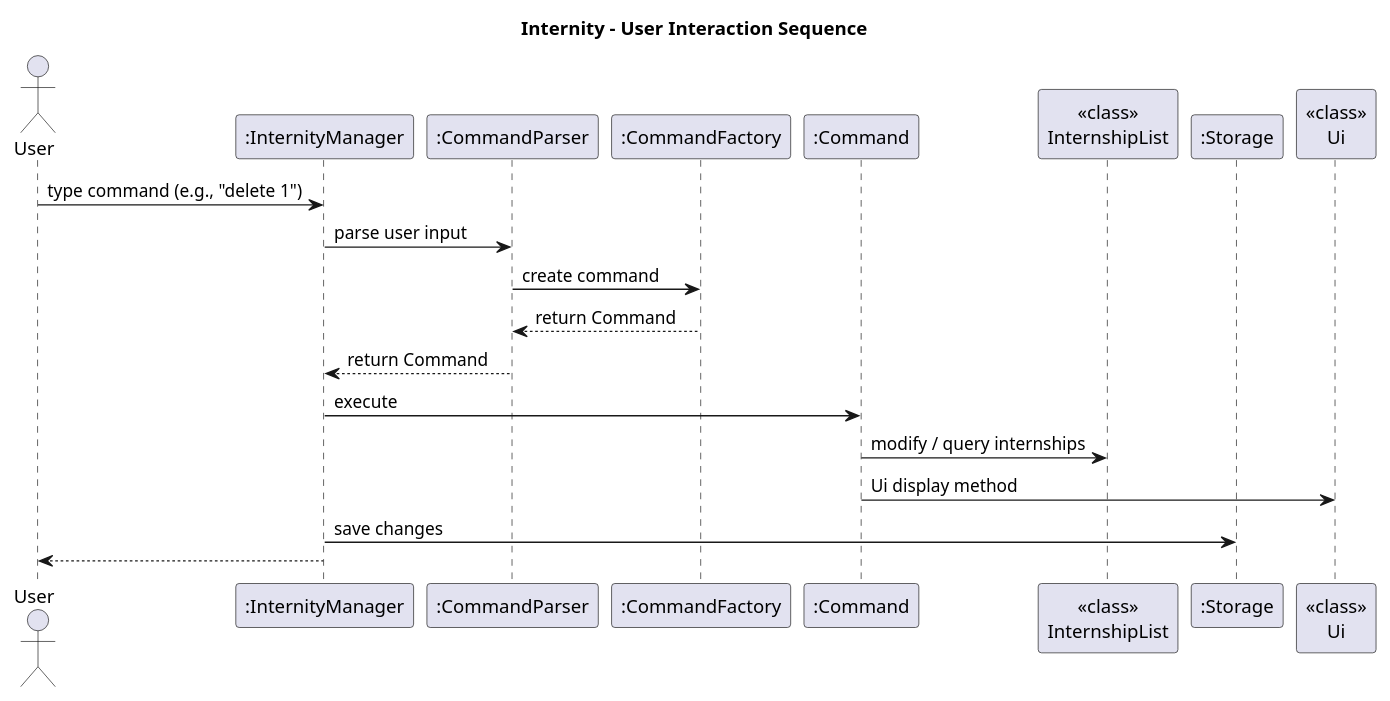
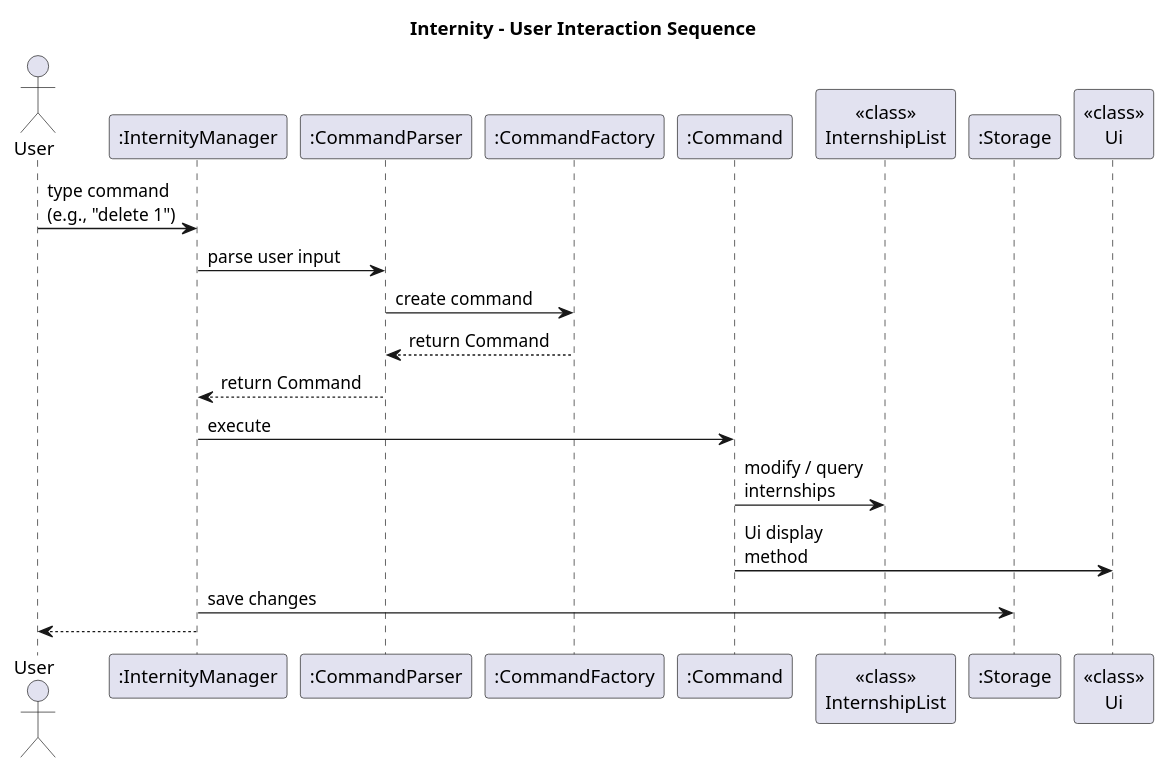
The diagram in docs/diagrams/UserInteractionSD.puml (AY2526S1-CS2113-W14-4/tp), drawn with PlantUML before and after one commit.

Commit message:
Make UserInteractionSD more compact

```diff
--- a/docs/diagrams/UserInteractionSD.puml
+++ b/docs/diagrams/UserInteractionSD.puml
@@ -1,24 +1,24 @@
 @startuml
 title Internity - User Interaction Sequence
 actor User
 participant ":InternityManager" as Manager
 participant ":CommandParser" as Parser
 participant ":CommandFactory" as Factory
 participant ":Command" as Command
 participant "<<class>>\nInternshipList" as Model
 participant ":Storage" as Storage
 participant "<<class>>\nUi" as Ui
 
 
-User -> Manager : type command (e.g., "delete 1")
+User -> Manager : type command\n(e.g., "delete 1")
 Manager -> Parser : parse user input
 Parser -> Factory : create command
 Factory --> Parser : return Command
 Parser --> Manager : return Command
 
 Manager -> Command : execute
-Command -> Model : modify / query internships
-Command -> Ui : Ui display method
+Command -> Model : modify / query\ninternships
+Command -> Ui : Ui display\nmethod
 Manager -> Storage : save changes
 Manager --> User :
 @end
```
